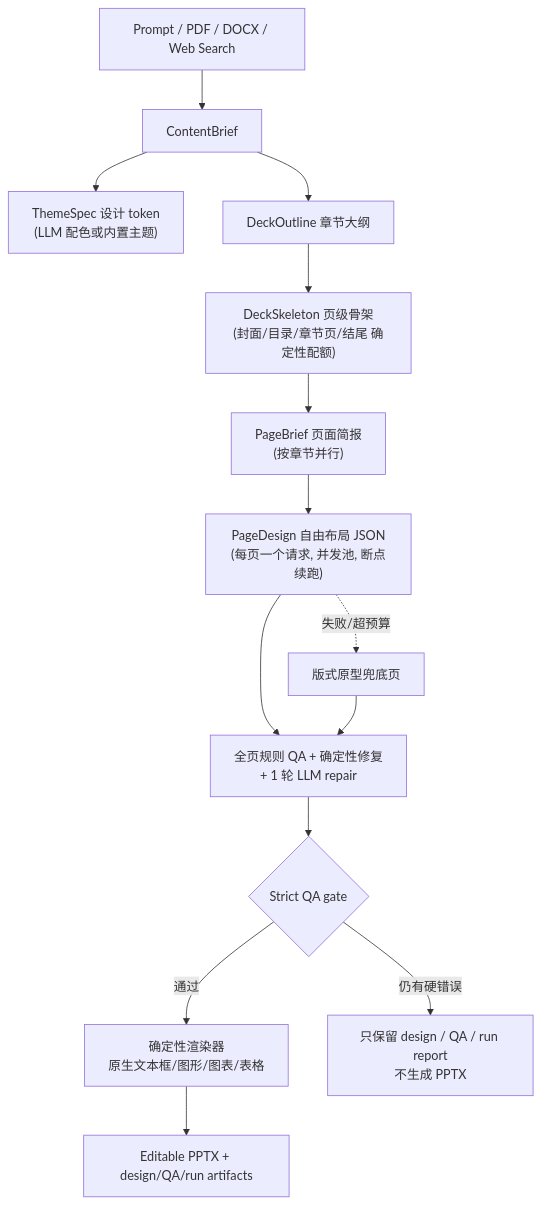
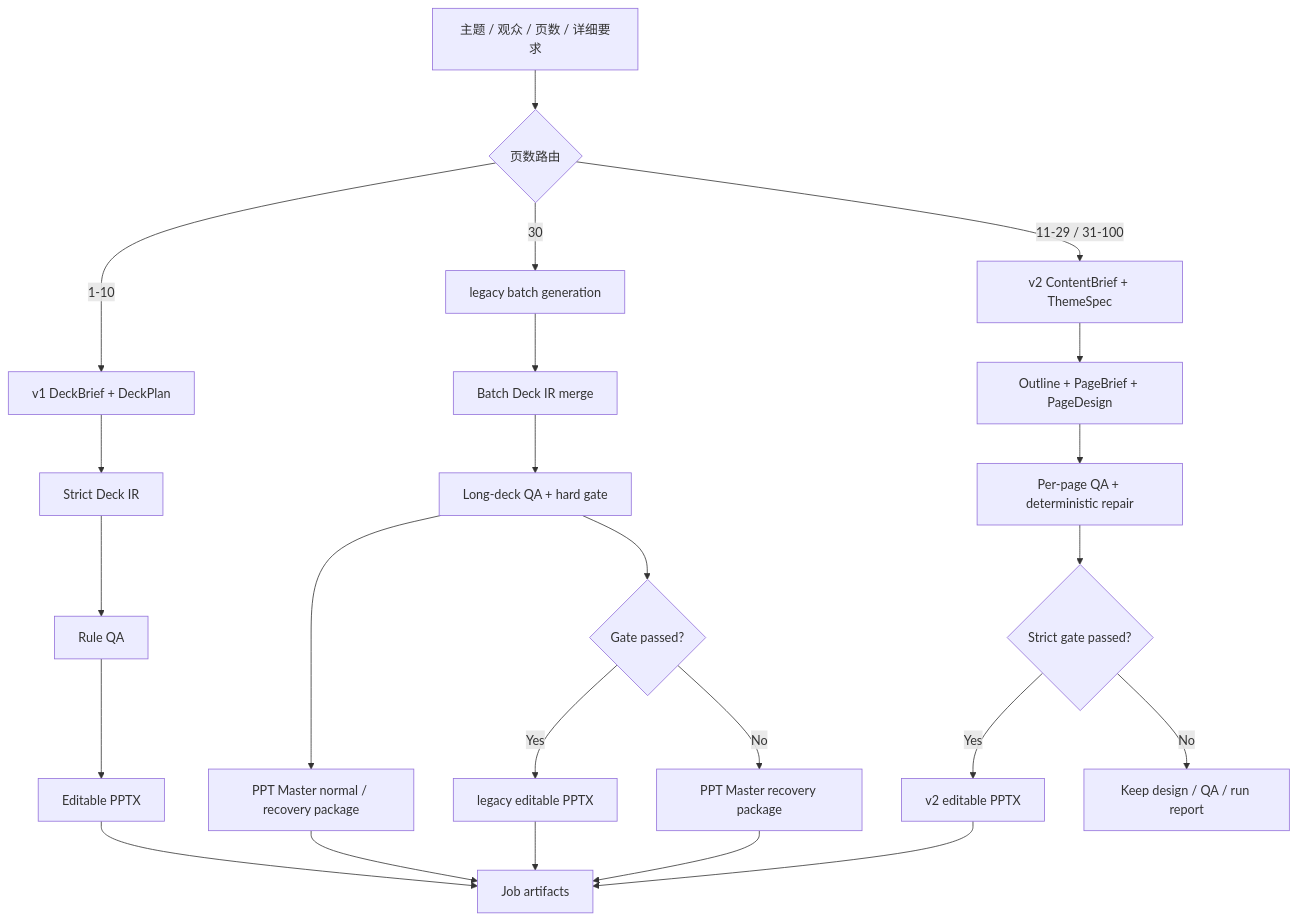
One commit to Liyilin66/ppt-agent changed the diagram in README.md. Above: the diagram before and after it, drawn with Mermaid. The commit also changed other lines of this file and 6 other files, not shown here.

````diff
--- a/README.md
+++ b/README.md
@@ -91,16 +79,31 @@
-```mermaid
+~~~mermaid
 flowchart TD
-    A["Prompt / PDF / DOCX / Web Search"] --> B["ContentBrief"]
-    B --> C["ThemeSpec 设计 token<br/>(LLM 配色或内置主题)"]
-    B --> D["DeckOutline 章节大纲"]
-    D --> E["DeckSkeleton 页级骨架<br/>(封面/目录/章节页/结尾 确定性配额)"]
-    E --> F["PageBrief 页面简报<br/>(按章节并行)"]
-    F --> G["PageDesign 自由布局 JSON<br/>(每页一个请求, 并发池, 断点续跑)"]
-    G --> H["全页规则 QA + 确定性修复<br/>+ 1 轮 LLM repair"]
-    H --> Q{"Strict QA gate"}
-    Q -->|"通过"| I["确定性渲染器<br/>原生文本框/图形/图表/表格"]
-    Q -->|"仍有硬错误"| R["只保留 design / QA / run report<br/>不生成 PPTX"]
-    I --> J["Editable PPTX + design/QA/run artifacts"]
-    G -. "失败/超预算" .-> K["版式原型兜底页"]
-    K --> H
-```
+    A["主题 / 观众 / 页数 / 详细要求"] --> B{"页数路由"}
+    B -->|"1-10"| C["v1 DeckBrief + DeckPlan"]
+    B -->|"30"| D["legacy batch generation"]
+    B -->|"11-29 / 31-100"| E["v2 ContentBrief + ThemeSpec"]
+
+    C --> F["Strict Deck IR"]
+    D --> G["Batch Deck IR merge"]
+    E --> H["Outline + PageBrief + PageDesign"]
+
+    F --> I["Rule QA"]
+    G --> J["Long-deck QA + hard gate"]
+    J --> T["PPT Master normal / recovery package"]
+    H --> K["Per-page QA + deterministic repair"]
+
+    I --> L["Editable PPTX"]
+    J --> M{"Gate passed?"}
+    K --> N{"Strict gate passed?"}
+
+    M -->|"Yes"| O["legacy editable PPTX"]
+    M -->|"No"| P["PPT Master recovery package"]
+    N -->|"Yes"| Q["v2 editable PPTX"]
+    N -->|"No"| R["Keep design / QA / run report"]
+
+    L --> S["Job artifacts"]
+    O --> S
+    P --> S
+    Q --> S
+    T --> S
+~~~
````
